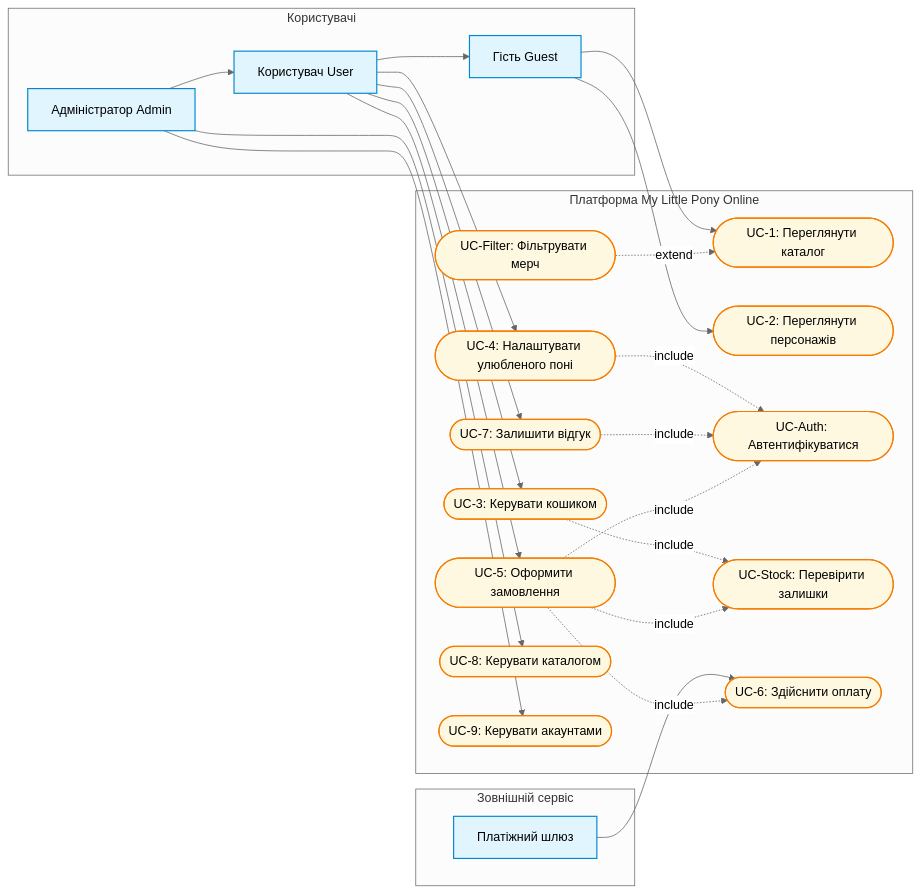
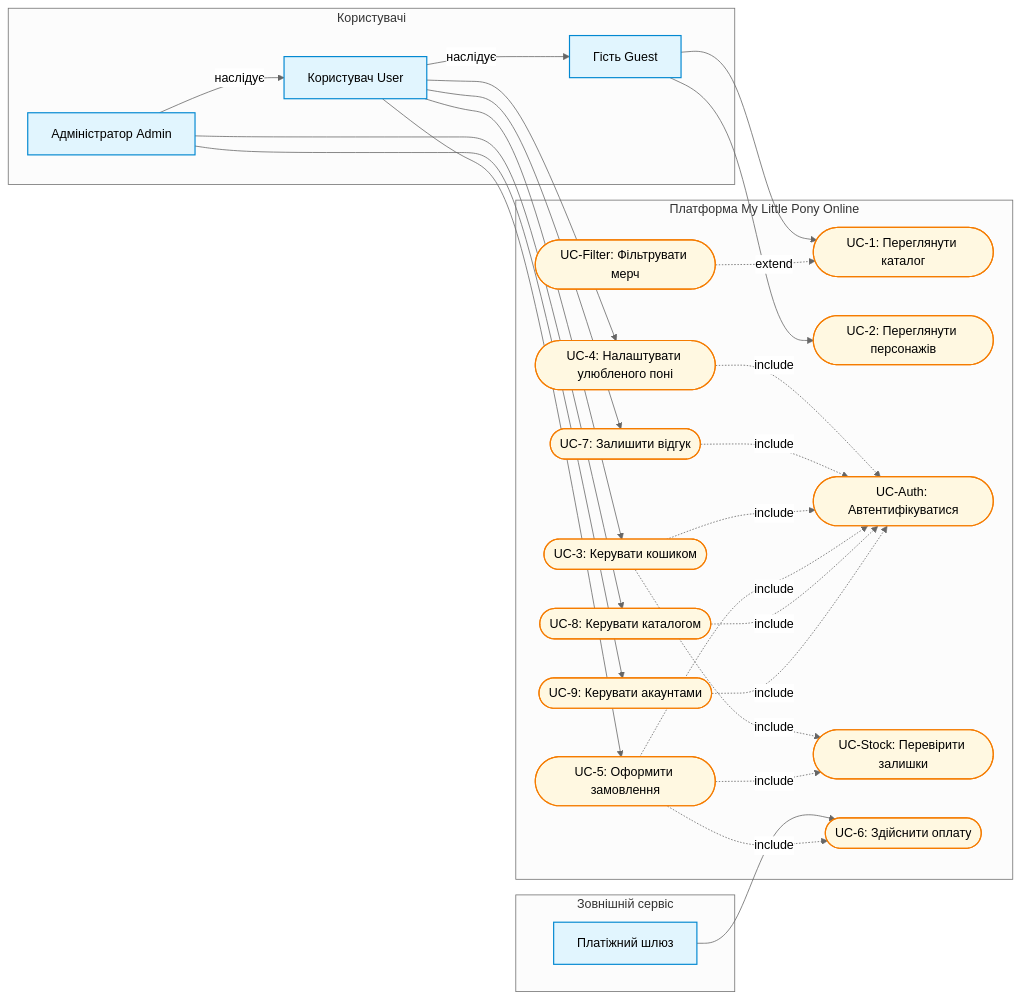
The diagram in lab2/use_case.mmd (XxMariavxX/Mavpz-labs), drawn with Mermaid (neutral theme) before and after one commit. The commit also changed 4 other files, not shown here.

```diff
--- a/lab2/use_case.mmd
+++ b/lab2/use_case.mmd
@@ -1,48 +1,53 @@
 flowchart LR
 	classDef actor fill:#e1f5fe,stroke:#0288d1,stroke-width:1.5px;
 	classDef usecase fill:#fff8e1,stroke:#f57c00,stroke-width:1.5px;
 
 	subgraph UsersGroup [Користувачі]
 		Guest[Гість Guest]:::actor
 		User[Користувач User]:::actor
 		Admin[Адміністратор Admin]:::actor
 	end
 
-	Admin --> User
-	User --> Guest
+	Admin -->|наслідує| User
+	User -->|наслідує| Guest
 
 	subgraph Platform [Платформа My Little Pony Online]
 		UC1([UC-1: Переглянути каталог]):::usecase
 		UC2([UC-2: Переглянути персонажів]):::usecase
 		UC_Filter([UC-Filter: Фільтрувати мерч]):::usecase
 		UC4([UC-4: Налаштувати улюбленого поні]):::usecase
 		UC7([UC-7: Залишити відгук]):::usecase
 		UC3([UC-3: Керувати кошиком]):::usecase
 		UC5([UC-5: Оформити замовлення]):::usecase
 		UC8([UC-8: Керувати каталогом]):::usecase
 		UC9([UC-9: Керувати акаунтами]):::usecase
 		UC_Auth([UC-Auth: Автентифікуватися]):::usecase
 		UC_Stock([UC-Stock: Перевірити залишки]):::usecase
 		UC6([UC-6: Здійснити оплату]):::usecase
 	end
 
 	subgraph External [Зовнішній сервіс]
 		PaymentGateway[Платіжний шлюз]:::actor
 	end
 
 	Guest --> UC1
 	Guest --> UC2
 	User --> UC4
 	User --> UC7
 	User --> UC3
 	User --> UC5
 	Admin --> UC8
 	Admin --> UC9
 	PaymentGateway --> UC6
+
 	UC_Filter -.->|extend| UC1
+
 	UC4 -.->|include| UC_Auth
 	UC7 -.->|include| UC_Auth
+	UC3 -.->|include| UC_Auth
 	UC3 -.->|include| UC_Stock
 	UC5 -.->|include| UC_Auth
 	UC5 -.->|include| UC_Stock
 	UC5 -.->|include| UC6
+	UC8 -.->|include| UC_Auth
+	UC9 -.->|include| UC_Auth
```
